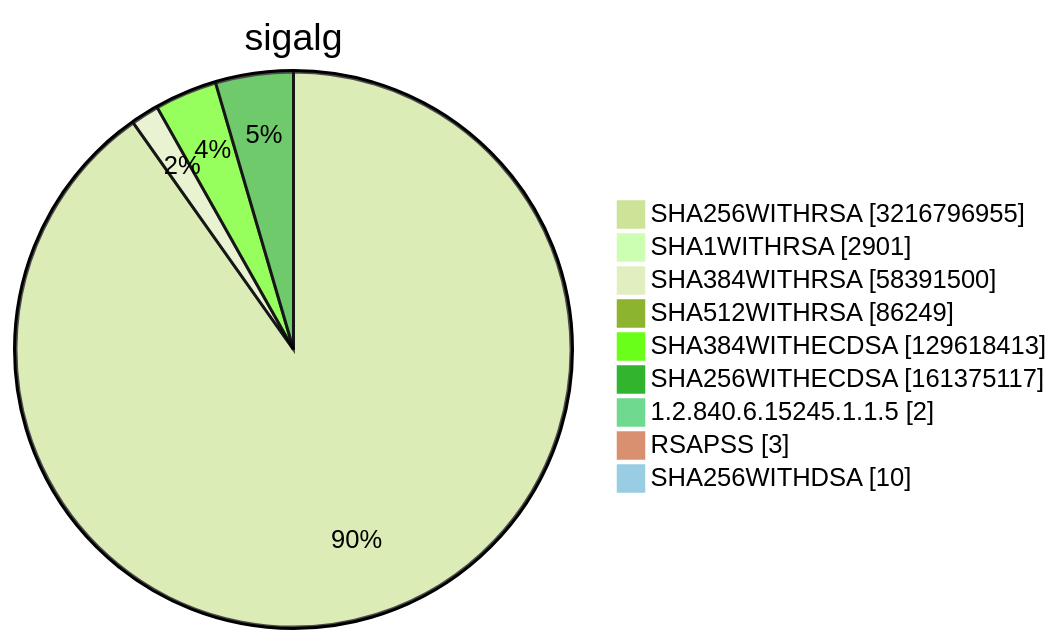
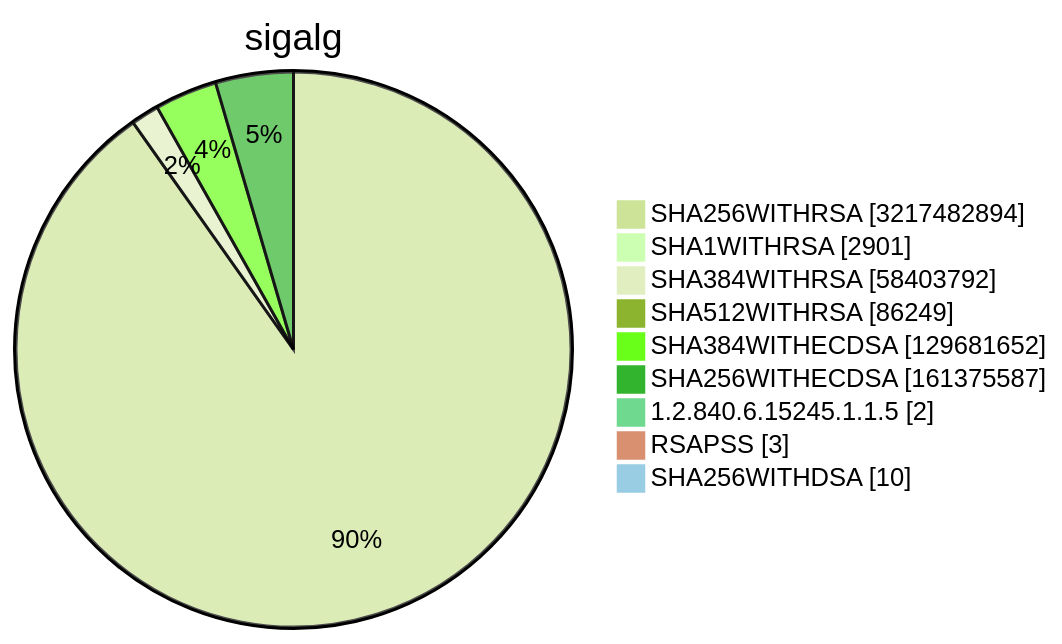
One commit to christiankrug/ctmonitor_visualization changed diagram 15 of 15 in TOTAL/README.md. Above: the diagram before and after it, drawn with Mermaid (forest theme). The commit also changed other lines of this file, not shown here.

````diff
--- a/TOTAL/README.md
+++ b/TOTAL/README.md
@@ -6217,13 +6217,13 @@
 ```mermaid
 pie showData
 title sigalg
-"SHA256WITHRSA" :3216796955
+"SHA256WITHRSA" :3217482894
 "SHA1WITHRSA" :2901
-"SHA384WITHRSA" :58391500
+"SHA384WITHRSA" :58403792
 "SHA512WITHRSA" :86249
-"SHA384WITHECDSA" :129618413
-"SHA256WITHECDSA" :161375117
+"SHA384WITHECDSA" :129681652
+"SHA256WITHECDSA" :161375587
 "1.2.840.6.15245.1.1.5" :2
 "RSAPSS" :3
 "SHA256WITHDSA" :10
 ```
````
